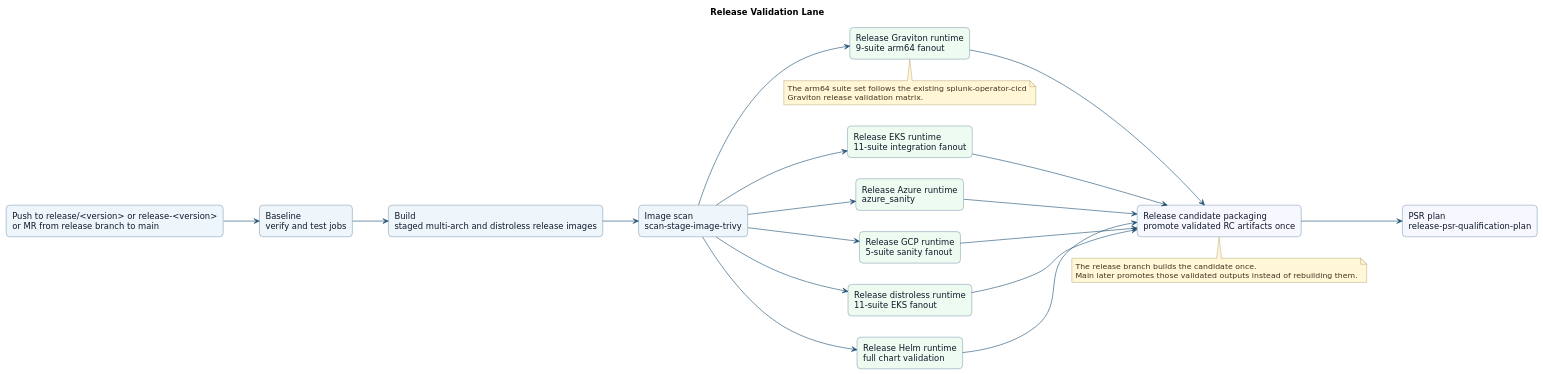
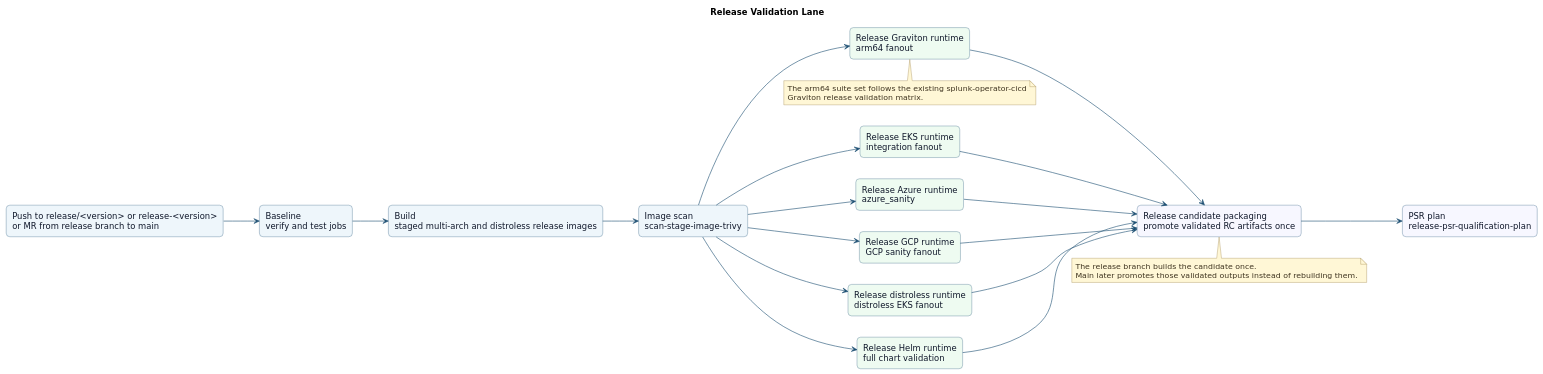
One commit to splunk/splunk-operator changed the diagram in gitlab-ci/diagrams/release-lane-target.puml. Above: the diagram before and after it, drawn with PlantUML. The commit also changed 16 other files, not shown here.

```diff
--- a/gitlab-ci/diagrams/release-lane-target.puml
+++ b/gitlab-ci/diagrams/release-lane-target.puml
@@ -1,59 +1,59 @@
 @startuml
 title Release Validation Lane
 left to right direction
 skinparam Shadowing false
 skinparam DefaultFontName DejaVu Sans
 skinparam BackgroundColor white
 skinparam ArrowColor #1d4f73
 skinparam Rectangle {
   BorderColor #1d4f73
   BackgroundColor #eef6fb
   FontColor #0f172a
   RoundCorner 12
 }
 skinparam Note {
   BorderColor #8b6f2f
   BackgroundColor #fff7d6
   FontColor #3f3420
 }
 
 rectangle "Push to release/<version> or release-<version>\nor MR from release branch to main" as trigger
 rectangle "Baseline\nverify and test jobs" as baseline
 rectangle "Build\nstaged multi-arch and distroless release images" as build
 rectangle "Image scan\nscan-stage-image-trivy" as scan
-rectangle "Release EKS runtime\n11-suite integration fanout" as runtime_eks #eefbf1
+rectangle "Release EKS runtime\nintegration fanout" as runtime_eks #eefbf1
 rectangle "Release Azure runtime\nazure_sanity" as runtime_azure #eefbf1
-rectangle "Release GCP runtime\n5-suite sanity fanout" as runtime_gcp #eefbf1
-rectangle "Release distroless runtime\n11-suite EKS fanout" as runtime_distroless #eefbf1
-rectangle "Release Graviton runtime\n9-suite arm64 fanout" as runtime_graviton #eefbf1
+rectangle "Release GCP runtime\nGCP sanity fanout" as runtime_gcp #eefbf1
+rectangle "Release distroless runtime\ndistroless EKS fanout" as runtime_distroless #eefbf1
+rectangle "Release Graviton runtime\narm64 fanout" as runtime_graviton #eefbf1
 rectangle "Release Helm runtime\nfull chart validation" as runtime_helm #eefbf1
 rectangle "Release candidate packaging\npromote validated RC artifacts once" as packaging #f7f7ff
 rectangle "PSR plan\nrelease-psr-qualification-plan" as psr #f7f7ff
 
 trigger --> baseline
 baseline --> build
 build --> scan
 scan --> runtime_eks
 scan --> runtime_azure
 scan --> runtime_gcp
 scan --> runtime_distroless
 scan --> runtime_graviton
 scan --> runtime_helm
 runtime_eks --> packaging
 runtime_azure --> packaging
 runtime_gcp --> packaging
 runtime_distroless --> packaging
 runtime_graviton --> packaging
 runtime_helm --> packaging
 packaging --> psr
 
 note bottom of packaging
 The release branch builds the candidate once.
 Main later promotes those validated outputs instead of rebuilding them.
 end note
 
 note bottom of runtime_graviton
 The arm64 suite set follows the existing splunk-operator-cicd
 Graviton release validation matrix.
 end note
 @enduml
```
